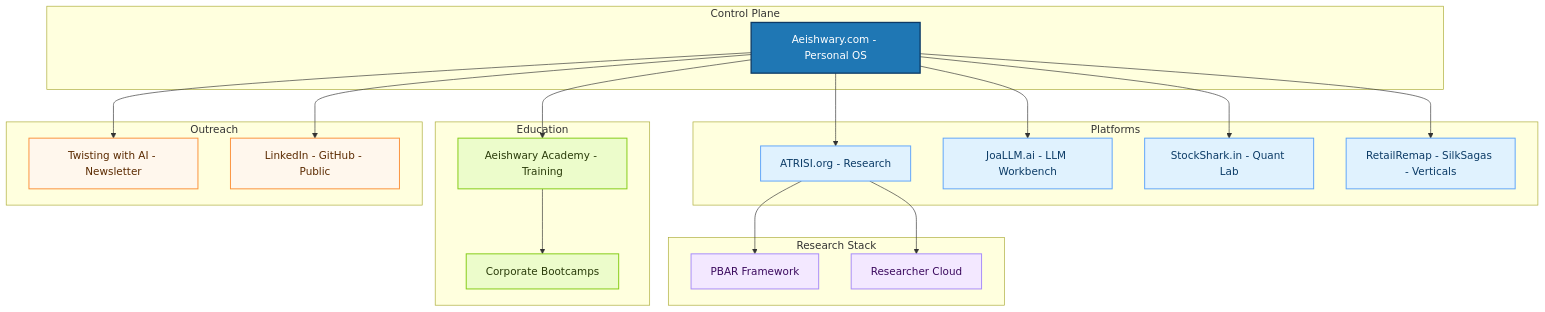
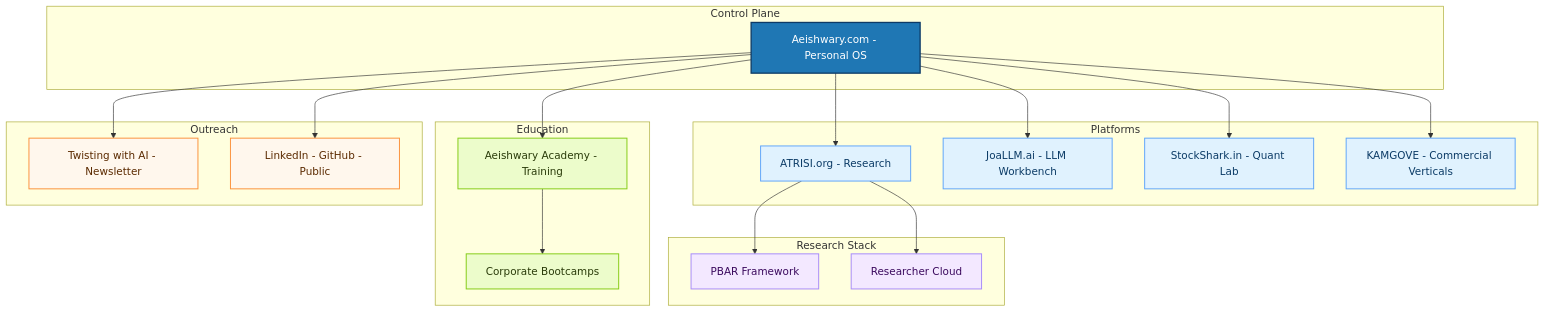
The first of 2 diagrams in ecosystem.md (aeishwarymishra/portfolio), drawn with Mermaid before and after one commit.

````diff
--- a/ecosystem.md
+++ b/ecosystem.md
@@ -1,64 +1,64 @@
 ```mermaid
 graph TD
 
 %% ================== LAYOUT ==================
 %% Top: Control Plane -> Middle: Platforms/Education -> Bottom: Outreach/Research Stack
 
 %% ---------- Control Plane ----------
 subgraph CP[Control Plane]
   A[Aeishwary.com - Personal OS]
 end
 
 %% ---------- Platforms ----------
 subgraph PL[Platforms]
   B[ATRISI.org - Research]
   D[JoaLLM.ai - LLM Workbench]
   E[StockShark.in - Quant Lab]
-  F[RetailRemap - SilkSagas - Verticals]
+  F[KAMGOVE - Commercial Verticals]
 end
 
 %% ---------- Education ----------
 subgraph ED[Education]
   C[Aeishwary Academy - Training]
   K[Corporate Bootcamps]
 end
 
 %% ---------- Outreach ----------
 subgraph OC[Outreach]
   G[Twisting with AI - Newsletter]
   H[LinkedIn - GitHub - Public]
 end
 
 %% ---------- Research Stack ----------
 subgraph RS[Research Stack]
   I[PBAR Framework]
   J[Researcher Cloud]
 end
 
 %% ================== EDGES ==================
 A --> B
 A --> C
 A --> D
 A --> E
 A --> F
 A --> G
 A --> H
 
 B --> I
 B --> J
 C --> K
 
 %% ================== STYLES ==================
 classDef core fill:#1f77b4,color:#ffffff,stroke:#0d3a66,stroke-width:2px;
 classDef product fill:#e0f2fe,color:#0b3b66,stroke:#60a5fa,stroke-width:1.5px;
 classDef edu fill:#ecfccb,color:#2a3b0a,stroke:#84cc16,stroke-width:1.5px;
 classDef outreach fill:#fff7ed,color:#5b2a00,stroke:#fb923c,stroke-width:1.5px;
 classDef research fill:#f3e8ff,color:#3b0a5e,stroke:#a78bfa,stroke-width:1.5px;
 
 class A core;
 class B,D,E,F product;
 class C,K edu;
 class G,H outreach;
 class I,J research;
 
 ```
````
